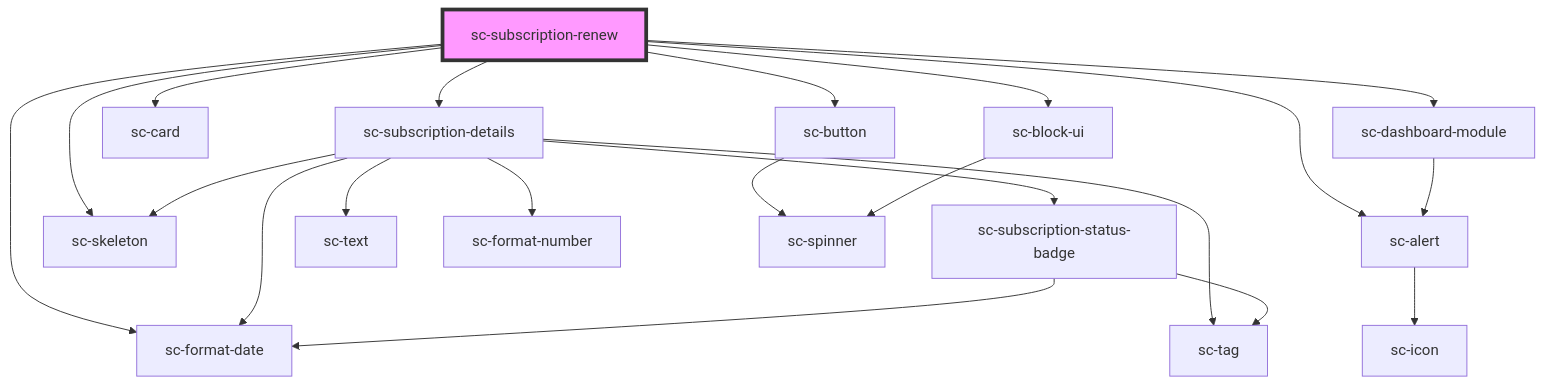
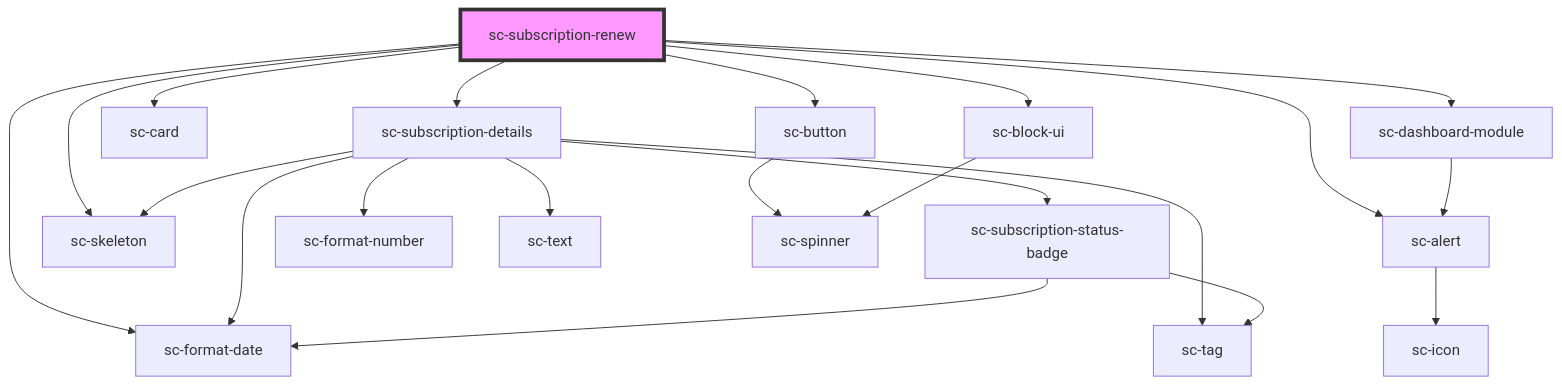
The diagram in packages/components/src/components/controllers/dashboard/subscription-renew/readme.md (surecart/surecart-wp-plugin), drawn with Mermaid before and after one commit. The commit also changed other lines of this file and 20 other files, not shown here.

````diff
--- a/packages/components/src/components/controllers/dashboard/subscription-renew/readme.md
+++ b/packages/components/src/components/controllers/dashboard/subscription-renew/readme.md
@@ -33,24 +33,24 @@
 ```mermaid
 graph TD;
   sc-subscription-renew --> sc-subscription-details
   sc-subscription-renew --> sc-alert
   sc-subscription-renew --> sc-format-date
   sc-subscription-renew --> sc-skeleton
   sc-subscription-renew --> sc-dashboard-module
   sc-subscription-renew --> sc-card
   sc-subscription-renew --> sc-button
   sc-subscription-renew --> sc-block-ui
   sc-subscription-details --> sc-subscription-status-badge
   sc-subscription-details --> sc-format-date
   sc-subscription-details --> sc-skeleton
+  sc-subscription-details --> sc-format-number
   sc-subscription-details --> sc-text
   sc-subscription-details --> sc-tag
-  sc-subscription-details --> sc-format-number
   sc-subscription-status-badge --> sc-format-date
   sc-subscription-status-badge --> sc-tag
   sc-alert --> sc-icon
   sc-dashboard-module --> sc-alert
   sc-button --> sc-spinner
   sc-block-ui --> sc-spinner
   style sc-subscription-renew fill:#f9f,stroke:#333,stroke-width:4px
 ```
````
